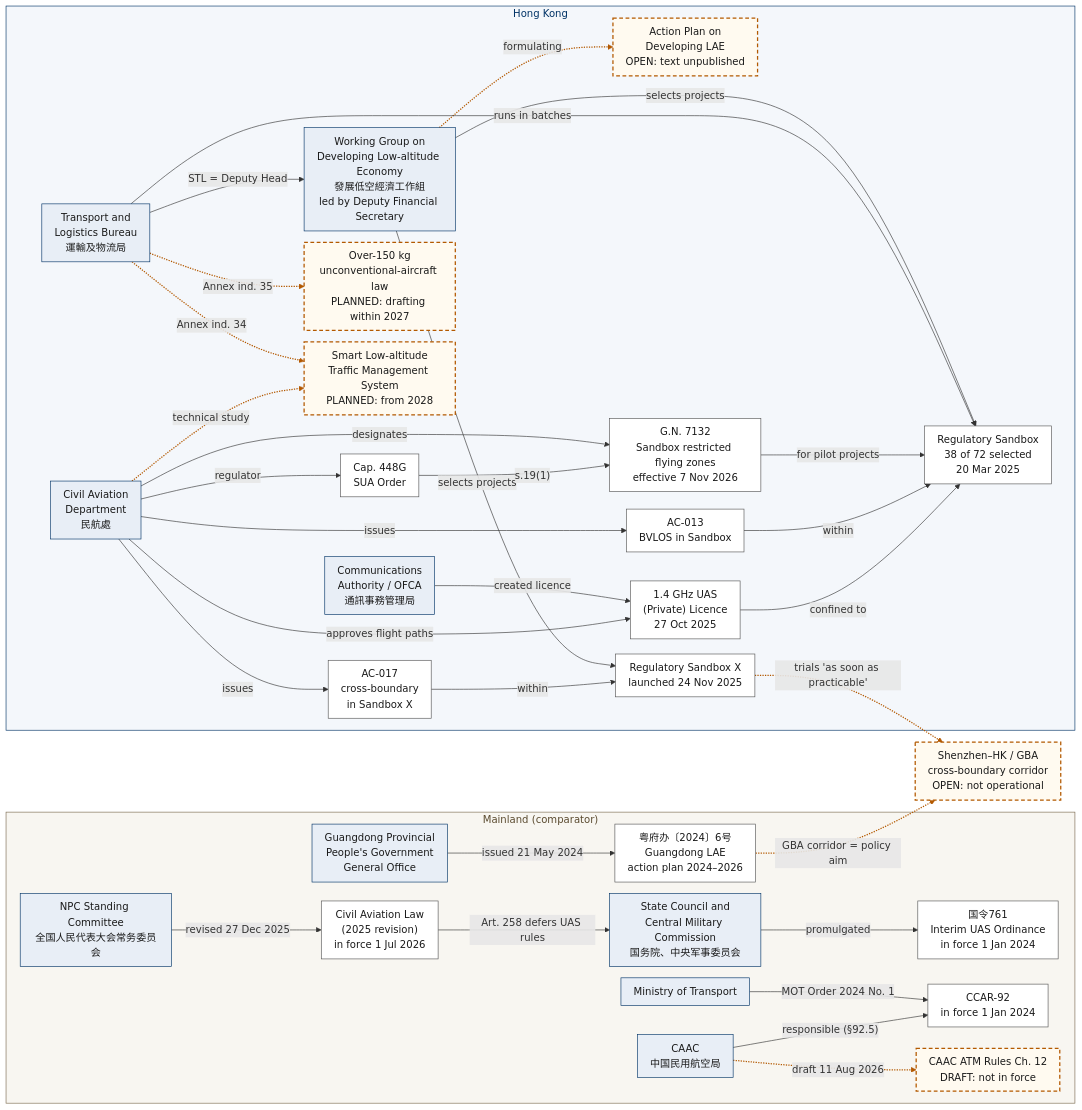
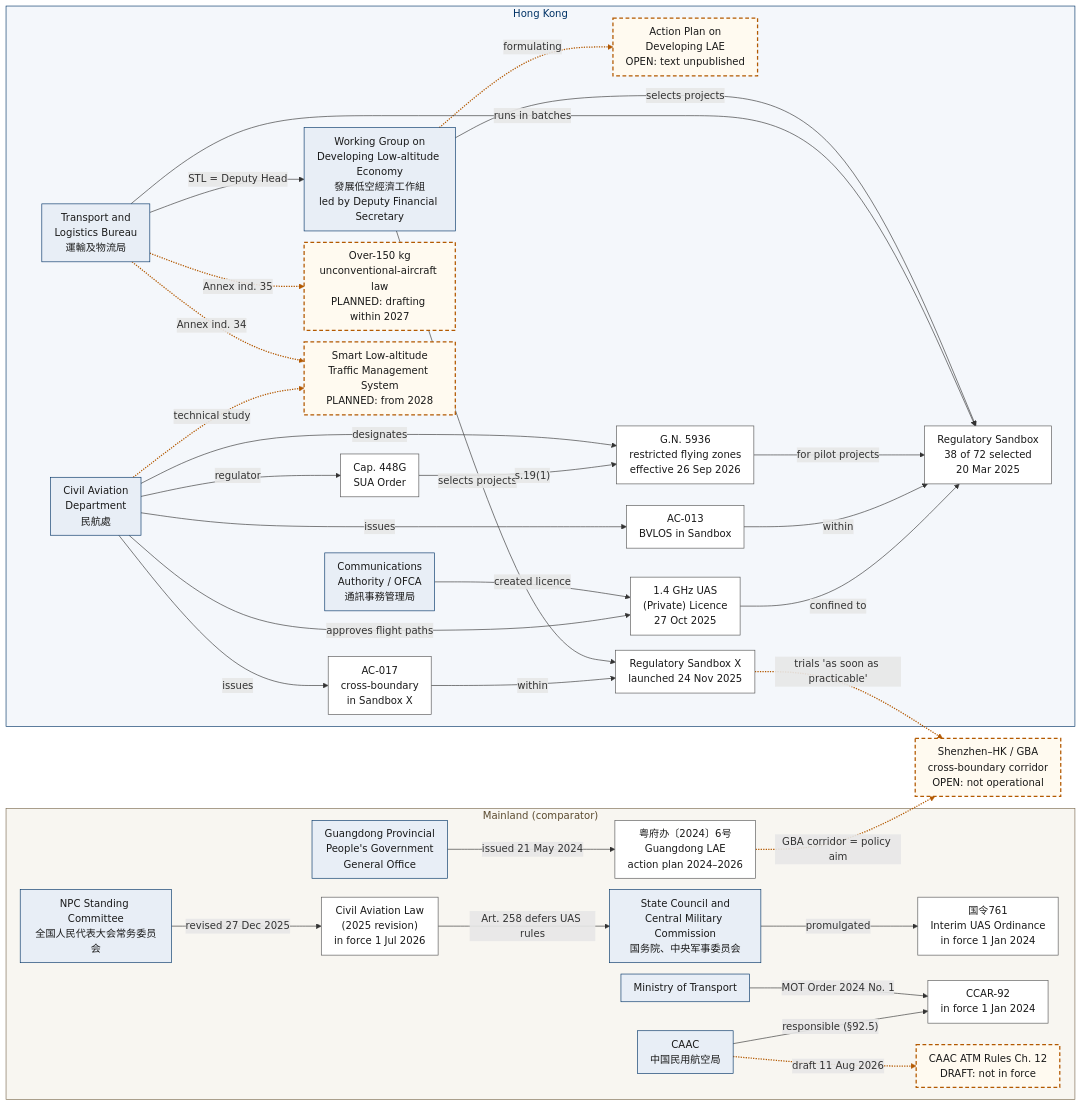
One commit to kochiuyu/lae-companion changed the first of 5 diagrams in glossary.qmd. Above: the diagram before and after it, drawn with Mermaid. The commit also changed other lines of this file and 2 other files, not shown here.

````diff
--- a/glossary.qmd
+++ b/glossary.qmd
@@ -23,72 +41,72 @@
 ```{mermaid}
 %%{init: {"flowchart": {"curve": "basis", "nodeSpacing": 18, "rankSpacing": 45, "padding": 10}}}%%
 flowchart LR
     subgraph ML["Mainland (comparator)"]
         NPC["NPC Standing Committee<br/>全国人民代表大会常务委员会"]
         SCC["State Council and<br/>Central Military Commission<br/>国务院、中央军事委员会"]
         MOT["Ministry of Transport"]
         CAAC["CAAC<br/>中国民用航空局"]
         GDG["Guangdong Provincial<br/>People's Government<br/>General Office"]
         CAL["Civil Aviation Law<br/>(2025 revision)<br/>in force 1 Jul 2026"]
         O761["国令761<br/>Interim UAS Ordinance<br/>in force 1 Jan 2024"]
         C92["CCAR-92<br/>in force 1 Jan 2024"]
         ATM["CAAC ATM Rules Ch. 12<br/>DRAFT: not in force"]
         GD6["粤府办〔2024〕6号<br/>Guangdong LAE<br/>action plan 2024–2026"]
     end
     COR["Shenzhen–HK / GBA<br/>cross-boundary corridor<br/>OPEN: not operational"]
     subgraph HK["Hong Kong"]
         WG["Working Group on<br/>Developing Low-altitude Economy<br/>發展低空經濟工作組<br/>led by Deputy Financial Secretary"]
         TLB["Transport and<br/>Logistics Bureau<br/>運輸及物流局"]
         CAD["Civil Aviation<br/>Department<br/>民航處"]
         CA["Communications<br/>Authority / OFCA<br/>通訊事務管理局"]
         AP["Action Plan on<br/>Developing LAE<br/>OPEN: text unpublished"]
         SBX["Regulatory Sandbox X<br/>launched 24 Nov 2025"]
         SB["Regulatory Sandbox<br/>38 of 72 selected<br/>20 Mar 2025"]
         UCA["Over-150 kg<br/>unconventional-aircraft law<br/>PLANNED: drafting within 2027"]
         TMS["Smart Low-altitude<br/>Traffic Management System<br/>PLANNED: from 2028"]
         CAP["Cap. 448G<br/>SUA Order"]
-        GN["G.N. 7132<br/>Sandbox restricted flying zones<br/>effective 7 Nov 2026"]
+        GN["G.N. 5936<br/>restricted flying zones<br/>effective 26 Sep 2026"]
         AC13["AC-013<br/>BVLOS in Sandbox"]
         AC17["AC-017<br/>cross-boundary<br/>in Sandbox X"]
         LIC["1.4 GHz UAS<br/>(Private) Licence<br/>27 Oct 2025"]
     end
 
     WG -.->|"formulating"| AP
     WG -->|"selects projects"| SBX
     WG -->|"selects projects"| SB
     TLB -->|"STL = Deputy Head"| WG
     TLB -->|"runs in batches"| SB
     TLB -.->|"Annex ind. 35"| UCA
     TLB -.->|"Annex ind. 34"| TMS
     CAD -.->|"technical study"| TMS
     CAD -->|"regulator"| CAP
     CAD -->|"designates"| GN
     CAP -->|"s.19(1)"| GN
     GN -->|"for pilot projects"| SB
     CAD -->|"issues"| AC13
     CAD -->|"issues"| AC17
     AC13 -->|"within"| SB
     AC17 -->|"within"| SBX
     CA -->|"created licence"| LIC
     CAD -->|"approves flight paths"| LIC
     LIC -->|"confined to"| SB
     SBX -.->|"trials 'as soon as practicable'"| COR
     GD6 -.->|"GBA corridor = policy aim"| COR
     NPC -->|"revised 27 Dec 2025"| CAL
     CAL -->|"Art. 258 defers UAS rules"| SCC
     SCC -->|"promulgated"| O761
     MOT -->|"MOT Order 2024 No. 1"| C92
     CAAC -->|"responsible (§92.5)"| C92
     CAAC -.->|"draft 11 Aug 2026"| ATM
     GDG -->|"issued 21 May 2024"| GD6
 
     classDef body fill:#e8eef6,stroke:#003366,color:#1a1a1a
     classDef inst fill:#ffffff,stroke:#555555,color:#1a1a1a
     classDef open fill:#fffaf0,stroke:#b35900,stroke-width:2px,stroke-dasharray:6 4,color:#1a1a1a
     class WG,TLB,CAD,CA,NPC,SCC,MOT,CAAC,GDG body
     class CAP,AC13,AC17,GN,LIC,SB,SBX,CAL,O761,C92,GD6 inst
     class AP,TMS,UCA,COR,ATM open
     linkStyle 0,5,6,7,19,20,26 stroke:#b35900,stroke-width:2px
     style HK fill:#f4f7fb,stroke:#003366,color:#003366
     style ML fill:#f8f6f1,stroke:#7a6a4f,color:#5a4a2f
 ```
````
